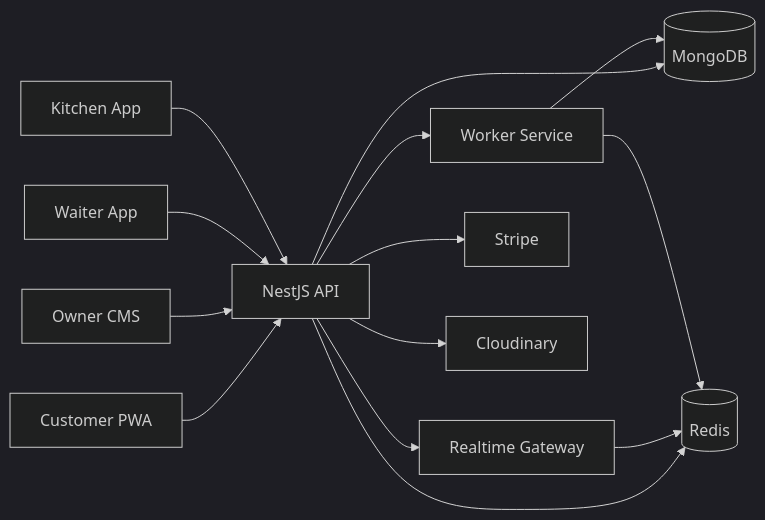
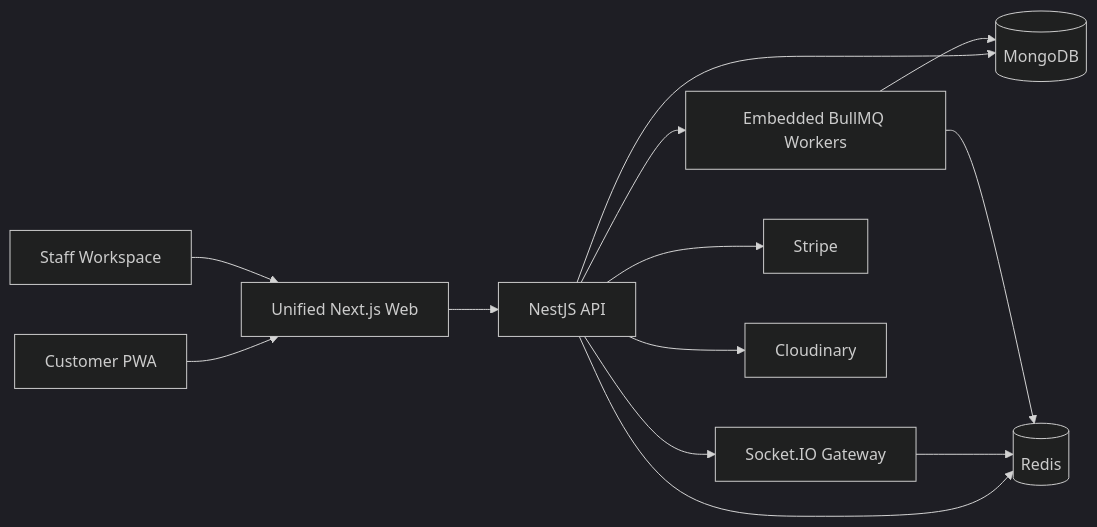
The fifth of 6 diagrams in docs/project-overview.md (abhishekmishra0409/Servora), drawn with Mermaid (dark theme) before and after one commit. The commit also changed other lines of this file and 94 other files, not shown here.

````diff
--- a/docs/project-overview.md
+++ b/docs/project-overview.md
@@ -104,16 +101,15 @@
 ```mermaid
 flowchart LR
-  Customer[Customer PWA] --> API[NestJS API]
-  CMS[Owner CMS] --> API
-  Waiter[Waiter App] --> API
-  Kitchen[Kitchen App] --> API
+  Customer[Customer PWA] --> Web[Unified Next.js Web]
+  Staff[Staff Workspace] --> Web
+  Web --> API[NestJS API]
   API --> Mongo[(MongoDB)]
   API --> Redis[(Redis)]
-  API --> Realtime[Realtime Gateway]
-  API --> Worker[Worker Service]
-  Realtime --> Redis
-  Worker --> Redis
-  Worker --> Mongo
+  API --> SocketIO[Socket.IO Gateway]
+  API --> Workers[Embedded BullMQ Workers]
+  SocketIO --> Redis
+  Workers --> Redis
+  Workers --> Mongo
   API --> Stripe[Stripe]
   API --> Cloudinary[Cloudinary]
 ```
````
